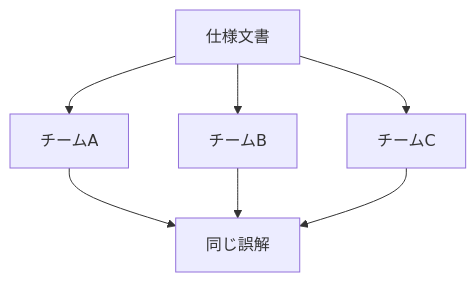
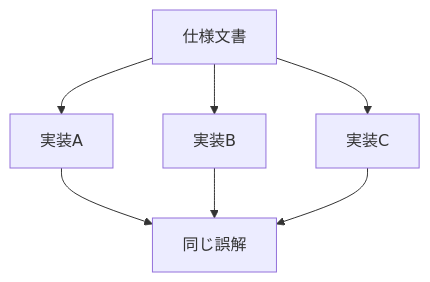
Before and after one commit to NyxFoundation/scis2026-security-agent-presentation: the diagram in slides/03-semantic-blind-spot.md, drawn with Mermaid. The commit also changed 1 other file, not shown here.

Commit message:
p1p2p3 layout organized

````diff
--- a/slides/03-semantic-blind-spot.md
+++ b/slides/03-semantic-blind-spot.md
@@ -11,9 +11,9 @@
-```mermaid {scale: 0.6}
+```mermaid
 graph TD
-    SPEC[仕様文書] --> A[チームA]
-    SPEC --> B[チームB]
-    SPEC --> C[チームC]
+    SPEC[仕様文書] --> A[実装A]
+    SPEC --> B[実装B]
+    SPEC --> C[実装C]
     A --> ERR[同じ誤解]
     B --> ERR
     C --> ERR
 ```
````
